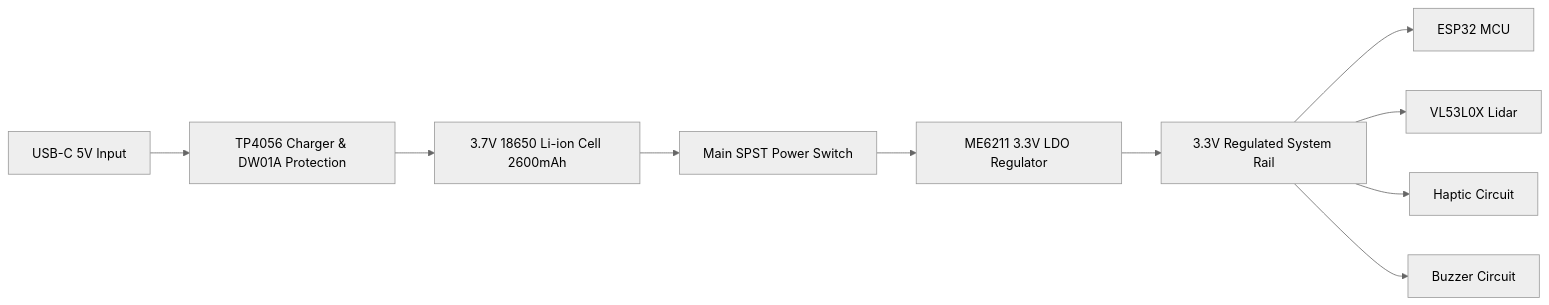
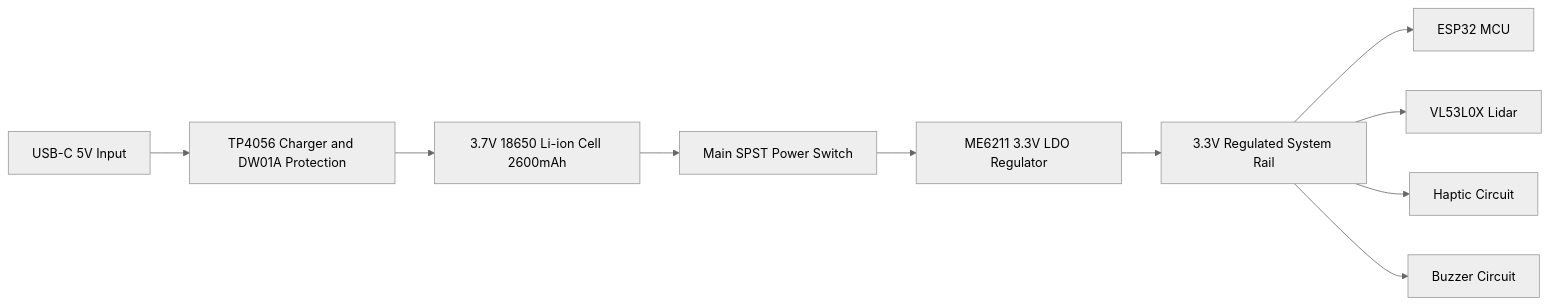
Before and after one commit to chetanngavali/DrishtiAi: the diagram in docs/hardware/wiring-and-power.md, drawn with Mermaid (neutral theme). The commit also changed 17 other files, not shown here.

Commit message:
docs: sanitize all Mermaid diagram syntax for GitHub markdown renderer

````diff
--- a/docs/hardware/wiring-and-power.md
+++ b/docs/hardware/wiring-and-power.md
@@ -53,12 +53,12 @@
 ```mermaid
 flowchart LR
-    USB[USB-C 5V Input] --> TP[TP4056 Charger & DW01A Protection]
-    TP --> Cell[3.7V 18650 Li-ion Cell 2600mAh]
-    Cell --> Switch[Main SPST Power Switch]
-    Switch --> LDO[ME6211 3.3V LDO Regulator]
-    LDO --> Rail[3.3V Regulated System Rail]
-    Rail --> ESP[ESP32 MCU]
-    Rail --> TOF[VL53L0X Lidar]
-    Rail --> Motor[Haptic Circuit]
-    Rail --> Buzzer[Buzzer Circuit]
+    USB["USB-C 5V Input"] --> TP["TP4056 Charger and DW01A Protection"]
+    TP --> Cell["3.7V 18650 Li-ion Cell 2600mAh"]
+    Cell --> Switch["Main SPST Power Switch"]
+    Switch --> LDO["ME6211 3.3V LDO Regulator"]
+    LDO --> Rail["3.3V Regulated System Rail"]
+    Rail --> ESP["ESP32 MCU"]
+    Rail --> TOF["VL53L0X Lidar"]
+    Rail --> Motor["Haptic Circuit"]
+    Rail --> Buzzer["Buzzer Circuit"]
 ```
````
